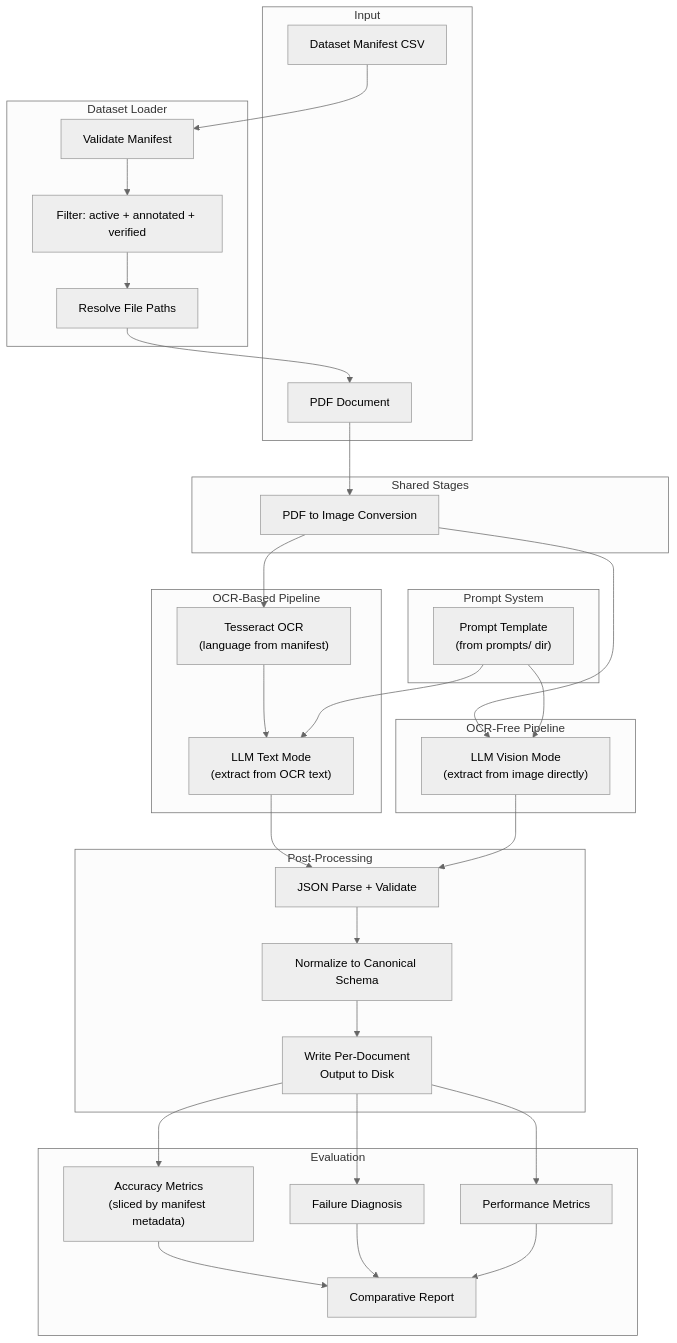
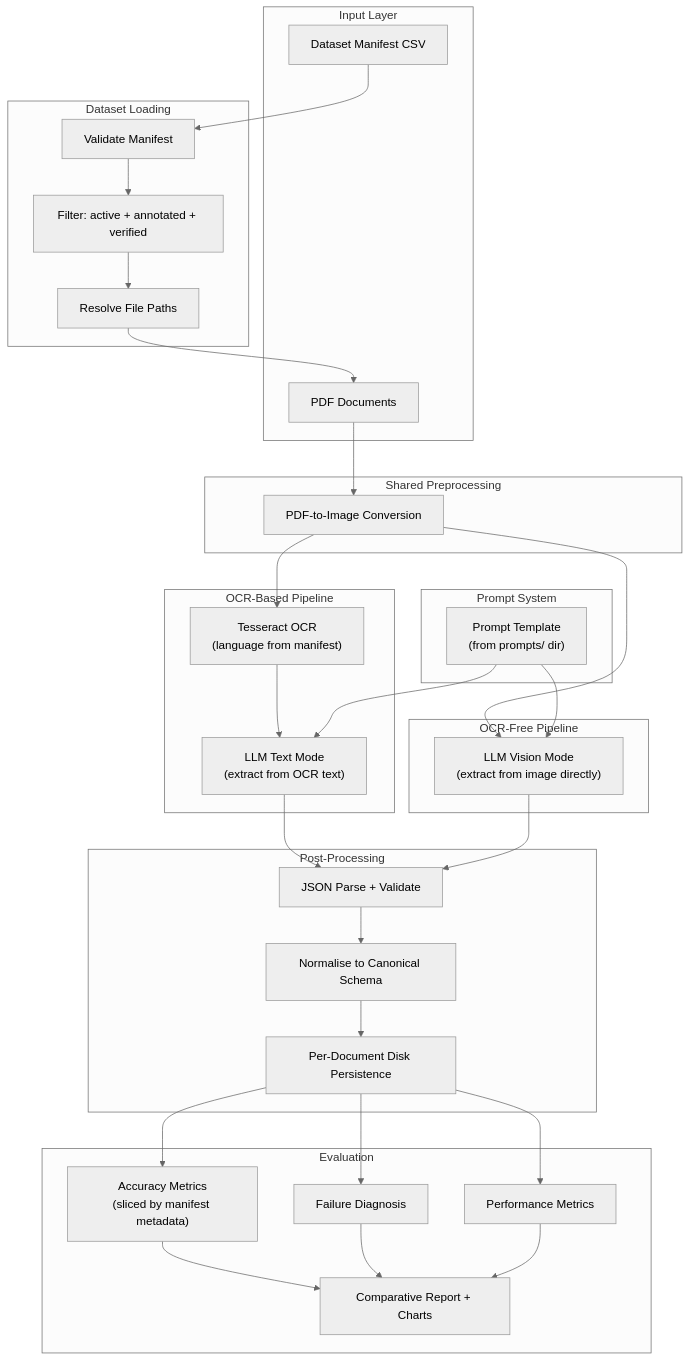
The diagram in SPEC.md (yethu24/OCR-vs-Non-OCR), drawn with Mermaid (neutral theme) before and after one commit. The commit also changed other lines of this file and 118 other files, not shown here.

````diff
--- a/SPEC.md
+++ b/SPEC.md
@@ -70,56 +74,56 @@
 ```mermaid
 flowchart TD
-    subgraph input [Input]
+    subgraph input [Input Layer]
         Manifest[Dataset Manifest CSV]
-        PDF[PDF Document]
+        PDF[PDF Documents]
     end
 
-    subgraph loader [Dataset Loader]
+    subgraph loader [Dataset Loading]
         Validate[Validate Manifest]
         Filter["Filter: active + annotated + verified"]
         Resolve[Resolve File Paths]
     end
 
-    subgraph shared [Shared Stages]
-        Convert[PDF to Image Conversion]
+    subgraph shared [Shared Preprocessing]
+        Convert[PDF-to-Image Conversion]
     end
 
     subgraph ocrBased [OCR-Based Pipeline]
         OCR["Tesseract OCR\n(language from manifest)"]
         TextLLM["LLM Text Mode\n(extract from OCR text)"]
     end
 
     subgraph ocrFree [OCR-Free Pipeline]
         VisionLLM["LLM Vision Mode\n(extract from image directly)"]
     end
 
     subgraph prompt [Prompt System]
         PromptFile["Prompt Template\n(from prompts/ dir)"]
     end
 
     subgraph postProcess [Post-Processing]
         Parse[JSON Parse + Validate]
-        Normalize[Normalize to Canonical Schema]
-        Persist["Write Per-Document\nOutput to Disk"]
+        Normalize[Normalise to Canonical Schema]
+        Persist["Per-Document Disk Persistence"]
     end
 
     subgraph evalBlock [Evaluation]
         Metrics["Accuracy Metrics\n(sliced by manifest metadata)"]
         Diagnosis[Failure Diagnosis]
         Perf[Performance Metrics]
-        Report[Comparative Report]
+        Report[Comparative Report + Charts]
     end
 
     Manifest --> Validate --> Filter --> Resolve
     Resolve --> PDF --> Convert
     Convert --> OCR --> TextLLM --> Parse
     Convert --> VisionLLM --> Parse
     PromptFile --> TextLLM
     PromptFile --> VisionLLM
     Parse --> Normalize --> Persist --> Metrics
     Persist --> Diagnosis
     Persist --> Perf
     Metrics --> Report
     Diagnosis --> Report
     Perf --> Report
 ```
````
